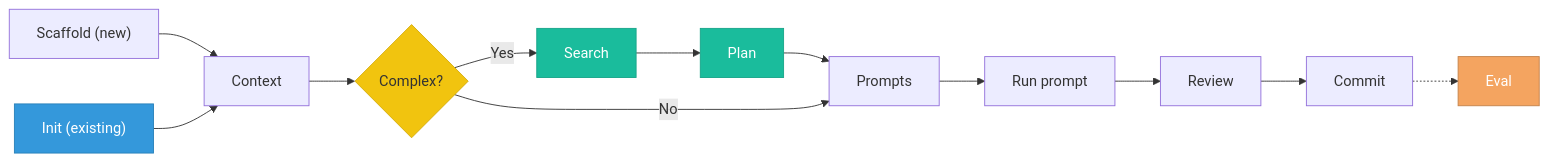
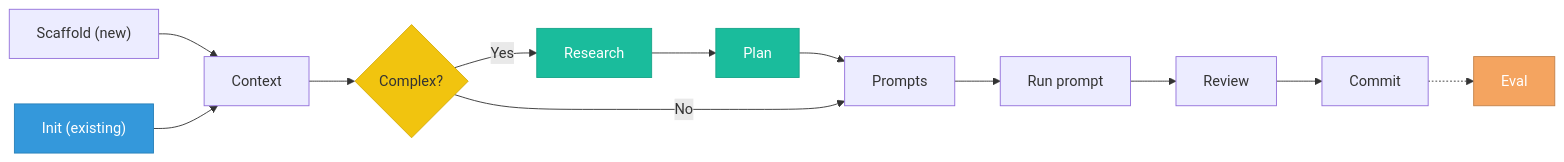
One commit to harshal2802/pdd-skill changed the diagram in README.md. Above: the diagram before and after it, drawn with Mermaid. The commit also changed other lines of this file and 9 other files, not shown here.

First line of the commit message:
Replace pdd-search with pdd-research for broader problem-space exploration

````diff
--- a/README.md
+++ b/README.md
@@ -97,18 +97,18 @@
 ```mermaid
 flowchart LR
     A["Scaffold (new)"] --> B["Context"]
     A2["Init (existing)"] --> B
     B --> S{Complex?}
-    S -- Yes --> C["Search"] --> D["Plan"] --> E
+    S -- Yes --> C["Research"] --> D["Plan"] --> E
     S -- No --> E["Prompts"]
     E --> F["Run prompt"]
     F --> G["Review"]
     G --> H["Commit"]
     H -.-> I["Eval"]
 
     style A2 fill:#3498db,stroke:#2980b9,color:#fff
     style S fill:#f1c40f,stroke:#d4ac0d,color:#333
     style C fill:#1abc9c,stroke:#17a589,color:#fff
     style D fill:#1abc9c,stroke:#17a589,color:#fff
     style I fill:#f4a460,stroke:#c4824a,color:#fff
 ```
````
